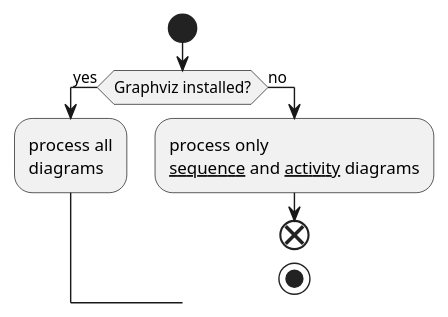
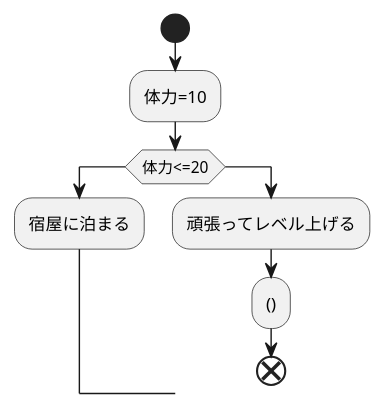
The diagram in kadai1.md (Aso2001378/2021sys-design), drawn with PlantUML before and after one commit.

````diff
--- a/kadai1.md
+++ b/kadai1.md
@@ -1,13 +1,12 @@
 ```uml
 @startuml
 start
-
-if (Graphviz installed?) then (yes)
-  :process all\ndiagrams;
-else (no)
-  :process only
-  __sequence__ and __activity__ diagrams;
+:体力=10;
+if(体力<=20)
+:宿屋に泊まる;
+else
+:頑張ってレベル上げる;
+:();
 end
-stop
 @enduml
 ```
````
